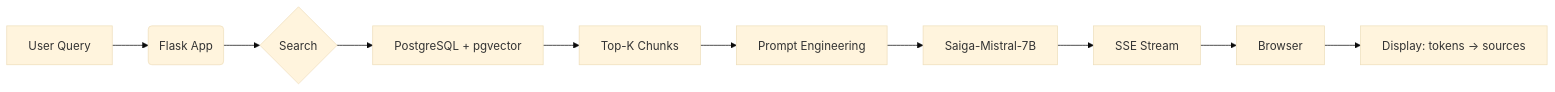
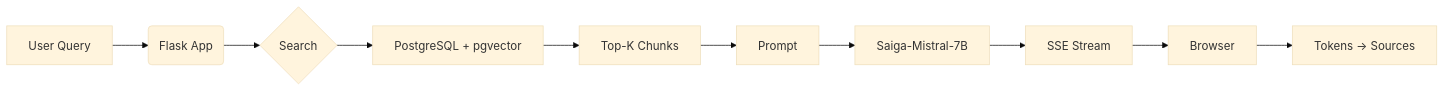
The first of 2 diagrams in README.md (NoOpas/RAG-Chatbot-Flask), drawn with Mermaid (base theme) before and after one commit. The commit also changed other lines of this file, not shown here.

````diff
--- a/README.md
+++ b/README.md
@@ -235,12 +260,12 @@
 ```mermaid
 flowchart LR
     A[User Query] --> B(Flask App)
     B --> C{Search}
     C --> D[PostgreSQL + pgvector]
     D --> E[Top-K Chunks]
-    E --> F[Prompt Engineering]
+    E --> F[Prompt]
     F --> G[Saiga-Mistral-7B]
     G --> H[SSE Stream]
     H --> I[Browser]
-    I --> J[Display: tokens → sources]
+    I --> J[Tokens → Sources]
 ```
````
